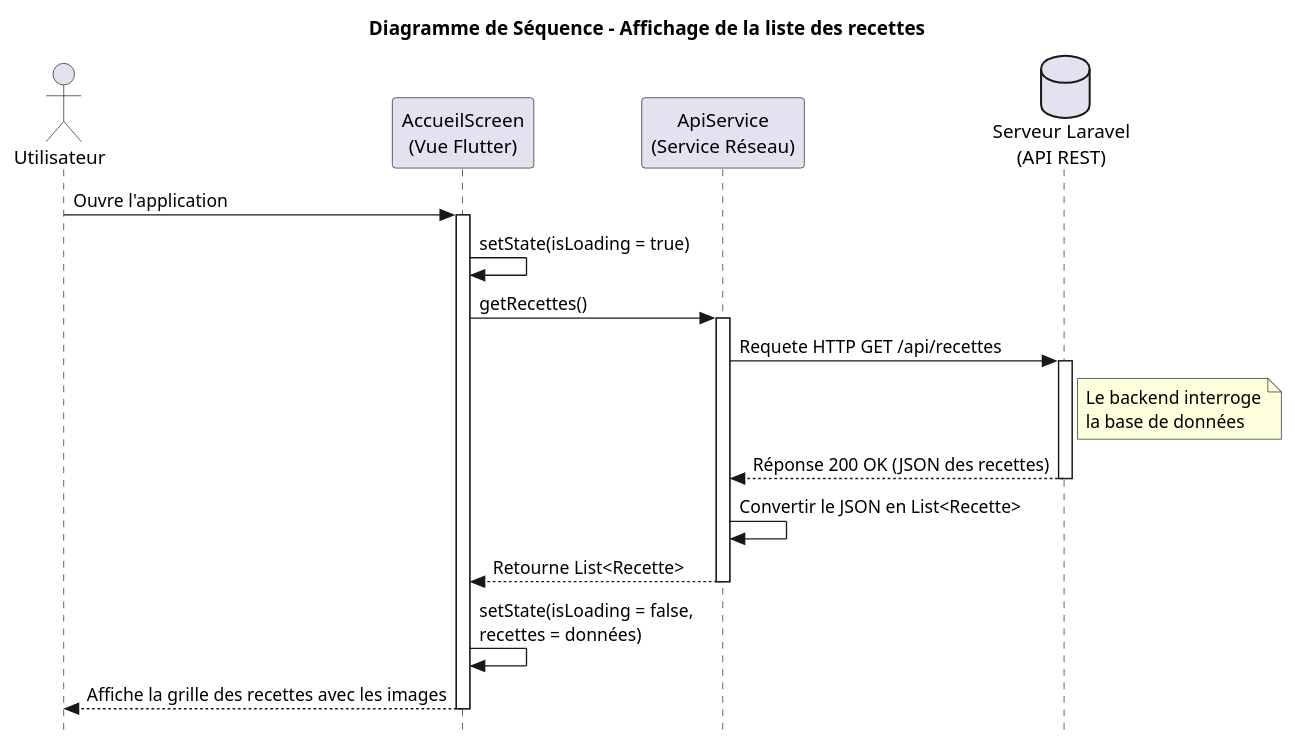
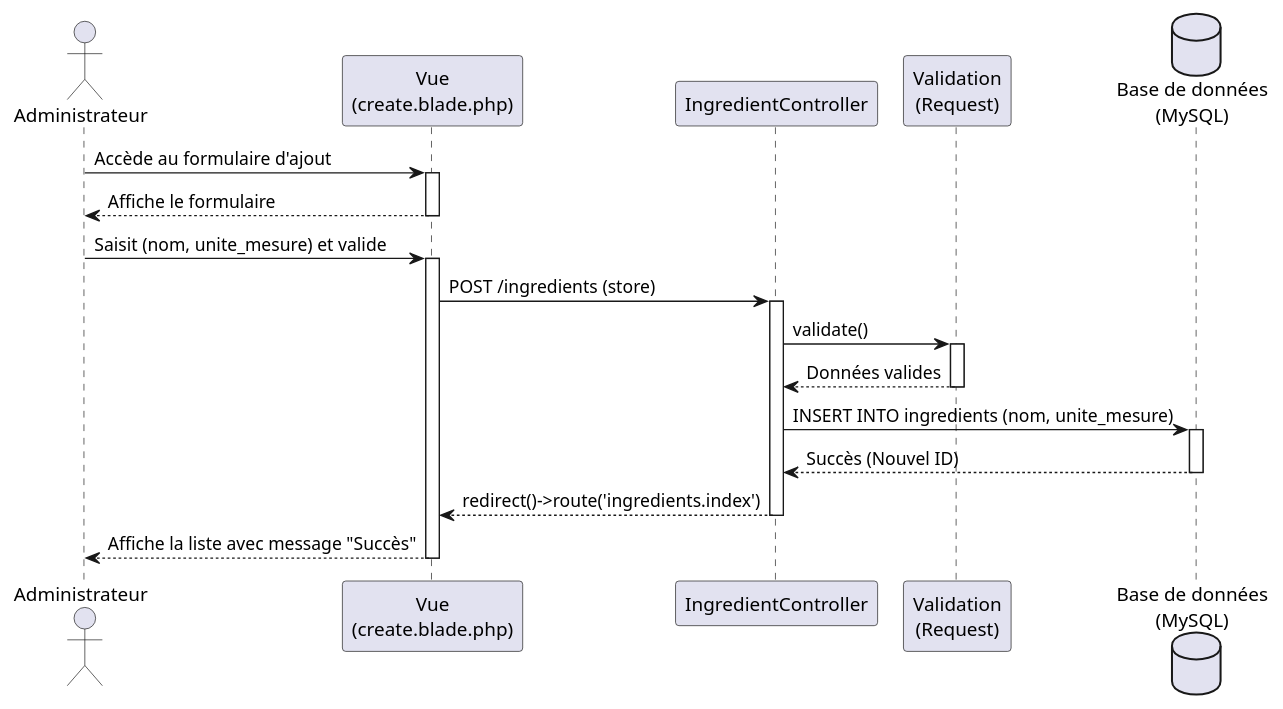
One commit to LThuillier/Livre-de-recette-Lima changed the diagram in sequence.puml. Above: the diagram before and after it, drawn with PlantUML. The commit also changed 2 other files, not shown here.

Commit message:
diagrammes PUML

```diff
--- a/sequence.puml
+++ b/sequence.puml
@@ -1,38 +1,32 @@
 @startuml
-skinparam style strictuml
-skinparam DefaultFontName Arial
+actor "Administrateur" as Admin
+participant "Vue\n(create.blade.php)" as Vue
+participant "IngredientController" as Controller
+participant "Validation\n(Request)" as Validator
+database "Base de données\n(MySQL)" as BDD
 
-title Diagramme de Séquence - Affichage de la liste des recettes
+Admin -> Vue : Accède au formulaire d'ajout
+activate Vue
+Vue --> Admin : Affiche le formulaire
+deactivate Vue
 
-actor Utilisateur
-participant "AccueilScreen\n(Vue Flutter)" as UI
-participant "ApiService\n(Service Réseau)" as API
-database "Serveur Laravel\n(API REST)" as Backend
+Admin -> Vue : Saisit (nom, unite_mesure) et valide
+activate Vue
+Vue -> Controller : POST /ingredients (store)
+activate Controller
 
-Utilisateur -> UI : Ouvre l'application
-activate UI
+Controller -> Validator : validate()
+activate Validator
+Validator --> Controller : Données valides
+deactivate Validator
 
-UI -> UI : setState(isLoading = true)
-UI -> API : getRecettes()
-activate API
+Controller -> BDD : INSERT INTO ingredients (nom, unite_mesure)
+activate BDD
+BDD --> Controller : Succès (Nouvel ID)
+deactivate BDD
 
-API -> Backend : Requete HTTP GET /api/recettes
-activate Backend
-
-note right of Backend
-  Le backend interroge
-  la base de données
-end note
-
-Backend --> API : Réponse 200 OK (JSON des recettes)
-deactivate Backend
-
-API -> API : Convertir le JSON en List<Recette>
-API --> UI : Retourne List<Recette>
-deactivate API
-
-UI -> UI : setState(isLoading = false,\nrecettes = données)
-UI --> Utilisateur : Affiche la grille des recettes avec les images
-deactivate UI
-
+Controller --> Vue : redirect()->route('ingredients.index')
+deactivate Controller
+Vue --> Admin : Affiche la liste avec message "Succès"
+deactivate Vue
 @enduml
```
